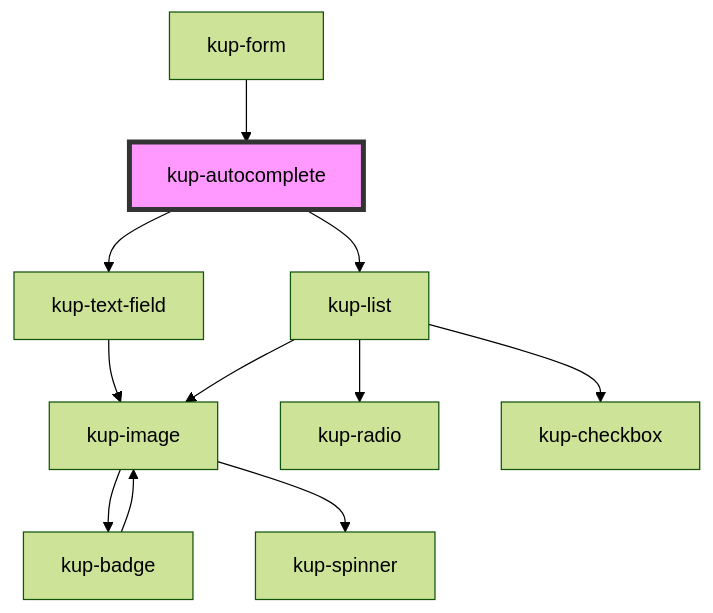
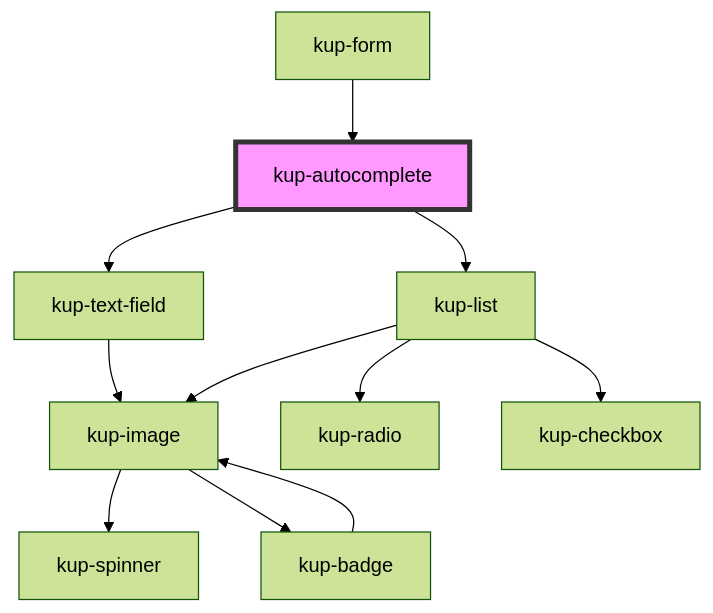
Before and after one commit to smeup/ketchup: the diagram in packages/ketchup/src/components/kup-autocomplete/readme.md, drawn with Mermaid (forest theme). The commit also changed other lines of this file and 21 other files, not shown here.

````diff
--- a/packages/ketchup/src/components/kup-autocomplete/readme.md
+++ b/packages/ketchup/src/components/kup-autocomplete/readme.md
@@ -47,14 +47,14 @@
 ```mermaid
 graph TD;
   kup-autocomplete --> kup-text-field
   kup-autocomplete --> kup-list
   kup-text-field --> kup-image
+  kup-image --> kup-spinner
   kup-image --> kup-badge
-  kup-image --> kup-spinner
   kup-badge --> kup-image
   kup-list --> kup-image
   kup-list --> kup-radio
   kup-list --> kup-checkbox
   kup-form --> kup-autocomplete
   style kup-autocomplete fill:#f9f,stroke:#333,stroke-width:4px
 ```
````
